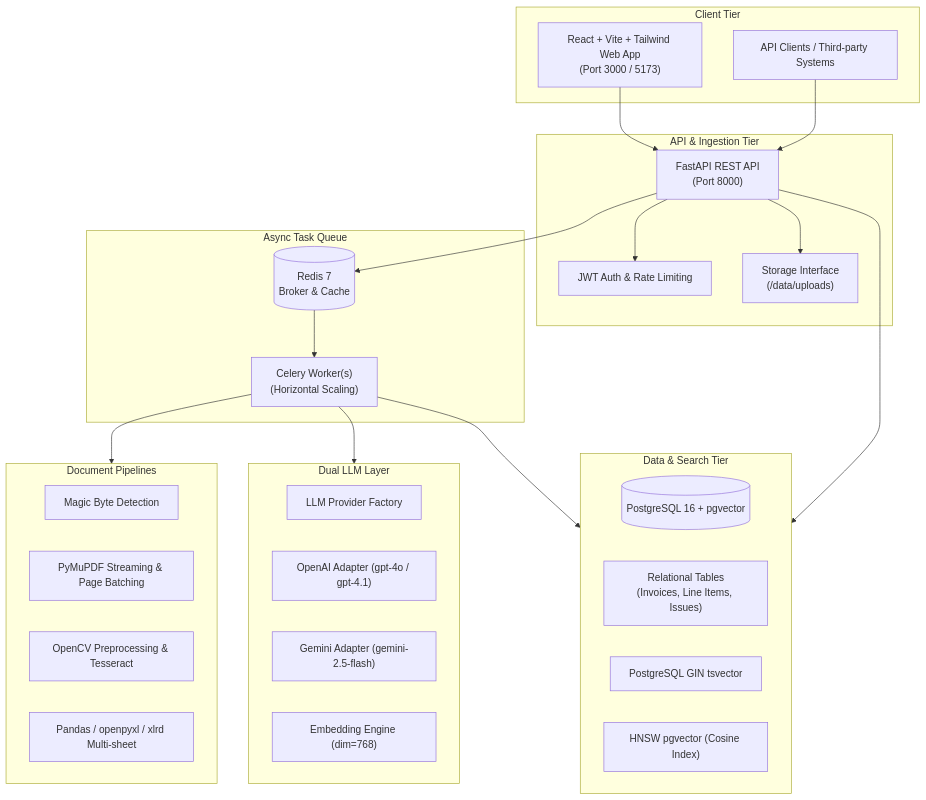
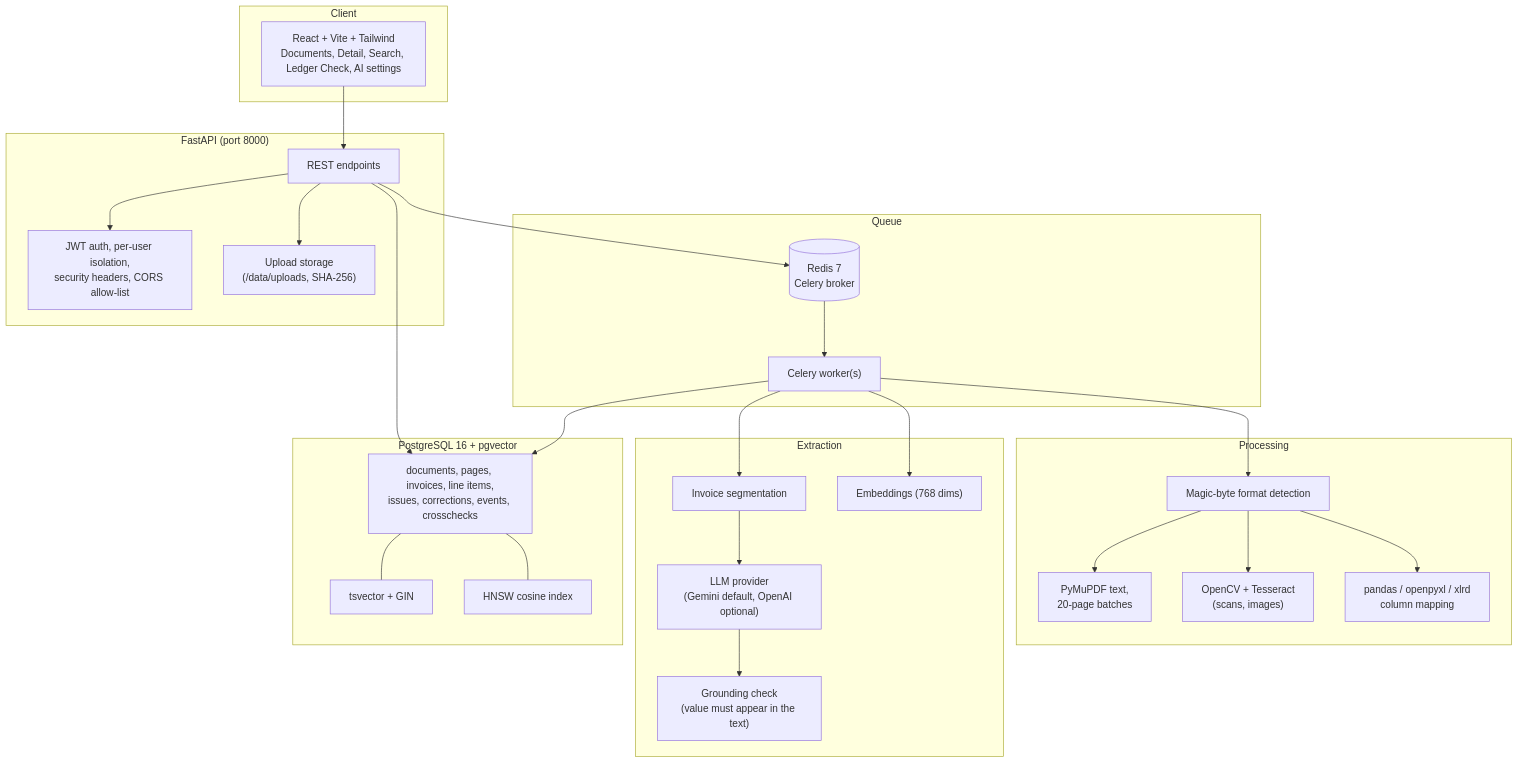
The diagram in docs/ARCHITECTURE.md (shovon74/doc-intelligence), drawn with Mermaid before and after one commit. The commit also changed other lines of this file and 10 other files, not shown here.

First line of the commit message:
docs: README, architecture, database, prompts, AI disclosure and evaluation report (WP9)

````diff
--- a/docs/ARCHITECTURE.md
+++ b/docs/ARCHITECTURE.md
@@ -8,50 +10,53 @@
 ```mermaid
 flowchart TD
-    subgraph Client ["Client Tier"]
-        UI["React + Vite + Tailwind Web App\n(Port 3000 / 5173)"]
-        CLI["API Clients / Third-party Systems"]
+    subgraph Client
+        UI["React + Vite + Tailwind<br/>Documents, Detail, Search, Ledger Check, AI settings"]
     end
 
-    subgraph Gateway ["API & Ingestion Tier"]
-        API["FastAPI REST API\n(Port 8000)"]
-        Auth["JWT Auth & Rate Limiting"]
-        Storage["Storage Interface\n(/data/uploads)"]
+    subgraph API ["FastAPI (port 8000)"]
+        Auth["JWT auth, per-user isolation,<br/>security headers, CORS allow-list"]
+        REST["REST endpoints"]
+        Store["Upload storage<br/>(/data/uploads, SHA-256)"]
     end
 
-    subgraph MessageQueue ["Async Task Queue"]
-        Redis[("Redis 7\nBroker & Cache")]
-        Worker["Celery Worker(s)\n(Horizontal Scaling)"]
+    subgraph Queue
+        Redis[("Redis 7<br/>Celery broker")]
+        Worker["Celery worker(s)"]
     end
 
-    subgraph ProcessingPipeline ["Document Pipelines"]
-        Detect["Magic Byte Detection"]
-        PDF["PyMuPDF Streaming & Page Batching"]
-        OCR["OpenCV Preprocessing & Tesseract"]
-        Spreadsheet["Pandas / openpyxl / xlrd Multi-sheet"]
+    subgraph Pipeline ["Processing"]
+        Detect["Magic-byte format detection"]
+        PDF["PyMuPDF text,<br/>20-page batches"]
+        OCR["OpenCV + Tesseract<br/>(scans, images)"]
+        Sheet["pandas / openpyxl / xlrd<br/>column mapping"]
     end
 
-    subgraph LLMAbstractions ["Dual LLM Layer"]
-        LLMFactory["LLM Provider Factory"]
-        OpenAI["OpenAI Adapter (gpt-4o / gpt-4.1)"]
-        Gemini["Gemini Adapter (gemini-2.5-flash)"]
-        Embedder["Embedding Engine (dim=768)"]
+    subgraph AI ["Extraction"]
+        Seg["Invoice segmentation"]
+        LLM["LLM provider<br/>(Gemini default, OpenAI optional)"]
+        Ground["Grounding check<br/>(value must appear in the text)"]
+        Emb["Embeddings (768 dims)"]
     end
 
-    subgraph Persistence ["Data & Search Tier"]
-        PG[("PostgreSQL 16 + pgvector")]
-        Relational["Relational Tables\n(Invoices, Line Items, Issues)"]
-        FullText["PostgreSQL GIN tsvector"]
-        VectorDB["HNSW pgvector (Cosine Index)"]
+    subgraph DB ["PostgreSQL 16 + pgvector"]
+        Tables["documents, pages, invoices, line items,<br/>issues, corrections, events, crosschecks"]
+        FTS["tsvector + GIN"]
+        Vec["HNSW cosine index"]
     end
 
-    UI --> API
-    CLI --> API
-    API --> Auth
-    API --> Storage
-    API --> Redis
+    UI --> REST
+    REST --> Auth
+    REST --> Store
+    REST --> Redis
     Redis --> Worker
-    Worker --> ProcessingPipeline
-    Worker --> LLMAbstractions
-    Worker --> Persistence
-    API --> Persistence
+    Worker --> Detect
+    Detect --> PDF
+    Detect --> OCR
+    Detect --> Sheet
+    Worker --> Seg --> LLM --> Ground
+    Worker --> Emb
+    Worker --> Tables
+    REST --> Tables
+    Tables --- FTS
+    Tables --- Vec
 ```
````
